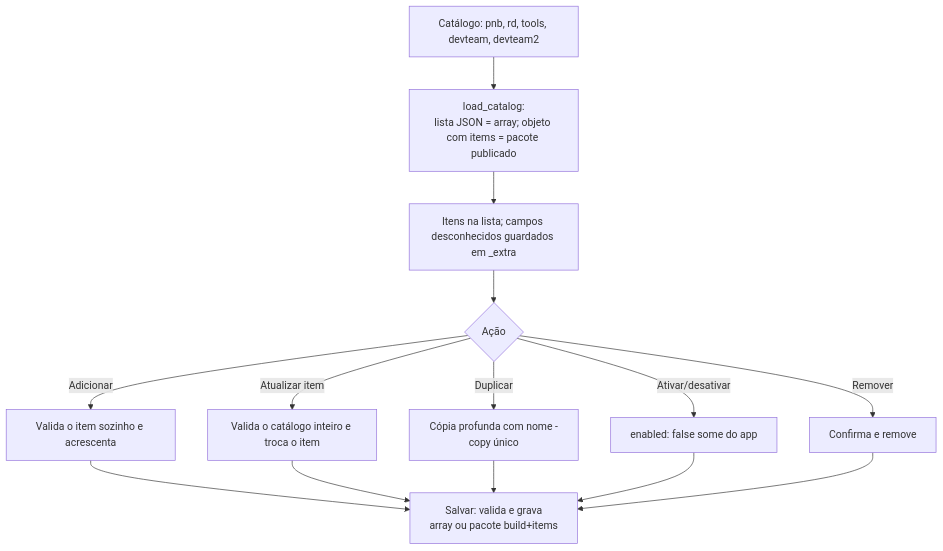
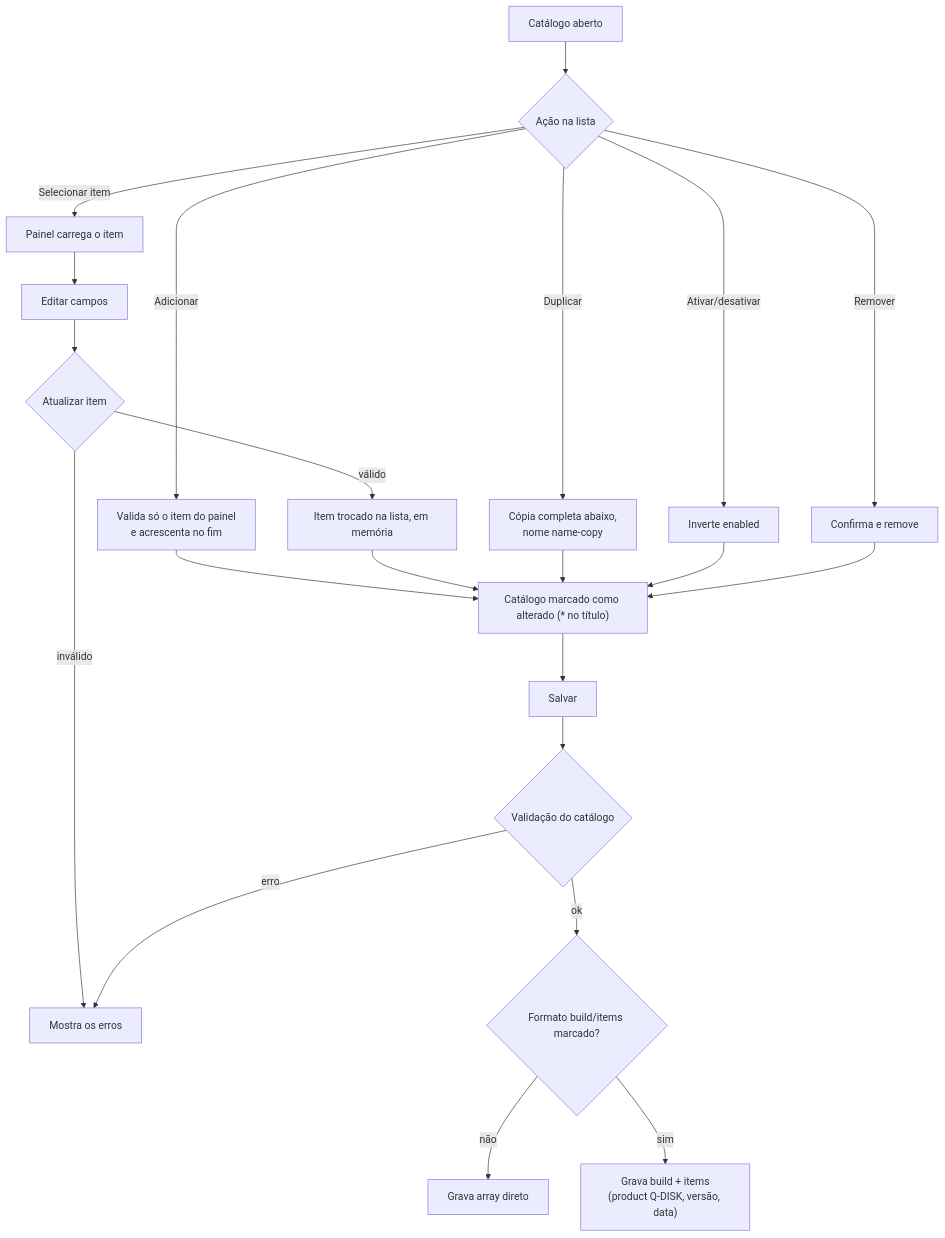
The third of 11 diagrams in docs/FLUXOS_GUI_ADM.md (MarceloSobral-Quallit/Q-DISK), drawn with Mermaid before and after one commit. The commit also changed other lines of this file and 1 other file, not shown here.

````diff
--- a/docs/FLUXOS_GUI_ADM.md
+++ b/docs/FLUXOS_GUI_ADM.md
@@ -29,12 +60,20 @@
 ```mermaid
 flowchart TD
-    A[Catálogo: pnb, rd, tools, devteam, devteam2] --> B[load_catalog:<br/>lista JSON = array; objeto com items = pacote publicado]
-    B --> C[Itens na lista; campos desconhecidos guardados em _extra]
-    C --> D{Ação}
-    D -- Adicionar --> E[Valida o item sozinho e acrescenta]
-    D -- Atualizar item --> F[Valida o catálogo inteiro e troca o item]
-    D -- Duplicar --> G[Cópia profunda com nome -copy único]
-    D -- Ativar/desativar --> H[enabled: false some do app]
-    D -- Remover --> I[Confirma e remove]
-    E & F & G & H & I --> J[Salvar: valida e grava<br/>array ou pacote build+items]
+    A[Catálogo aberto] --> B{Ação na lista}
+    B -- Adicionar --> C[Valida só o item do painel<br/>e acrescenta no fim]
+    B -- Selecionar item --> D[Painel carrega o item]
+    D --> E[Editar campos]
+    E --> F{Atualizar item}
+    F -- válido --> G[Item trocado na lista, em memória]
+    F -- inválido --> X[Mostra os erros]
+    B -- Duplicar --> H["Cópia completa abaixo,<br/>nome name-copy"]
+    B -- Ativar/desativar --> I[Inverte enabled]
+    B -- Remover --> J[Confirma e remove]
+    C & G & H & I & J --> K["Catálogo marcado como alterado (* no título)"]
+    K --> L[Salvar]
+    L --> M{Validação do catálogo}
+    M -- ok --> N{Formato build/items marcado?}
+    N -- não --> O["Grava array direto"]
+    N -- sim --> P["Grava build + items<br/>(product Q-DISK, versão, data)"]
+    M -- erro --> X
 ```
````
